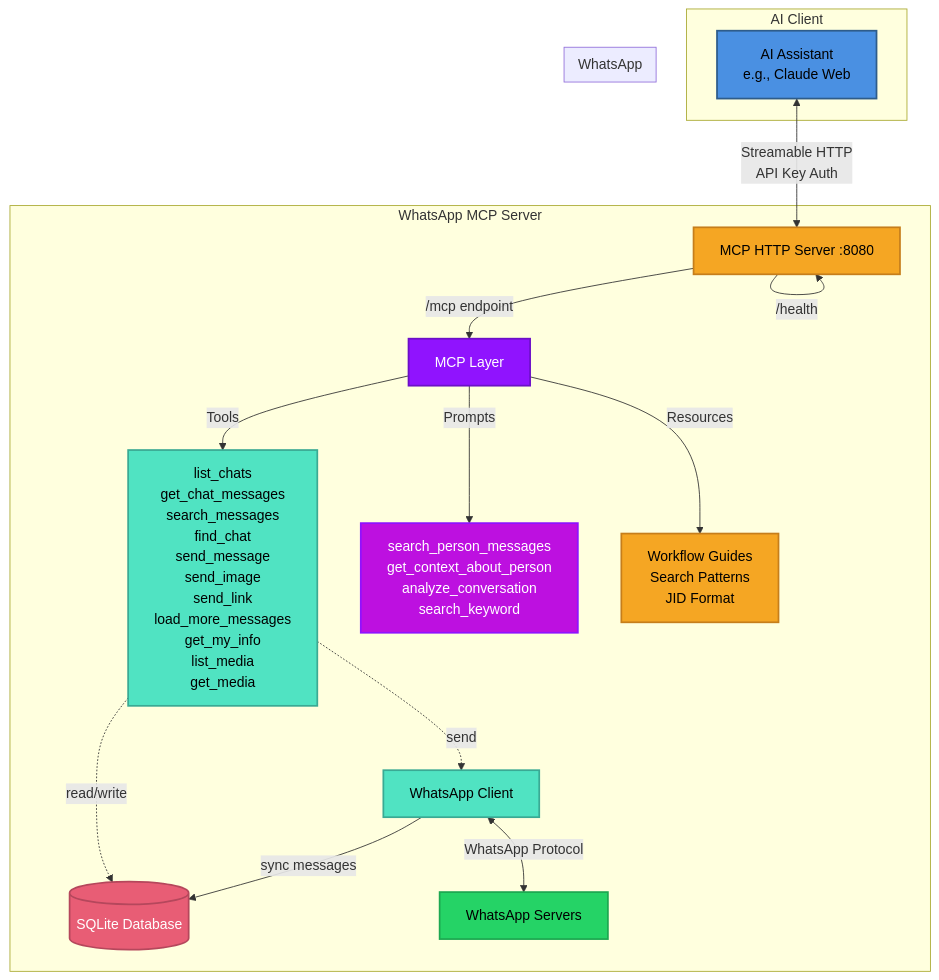
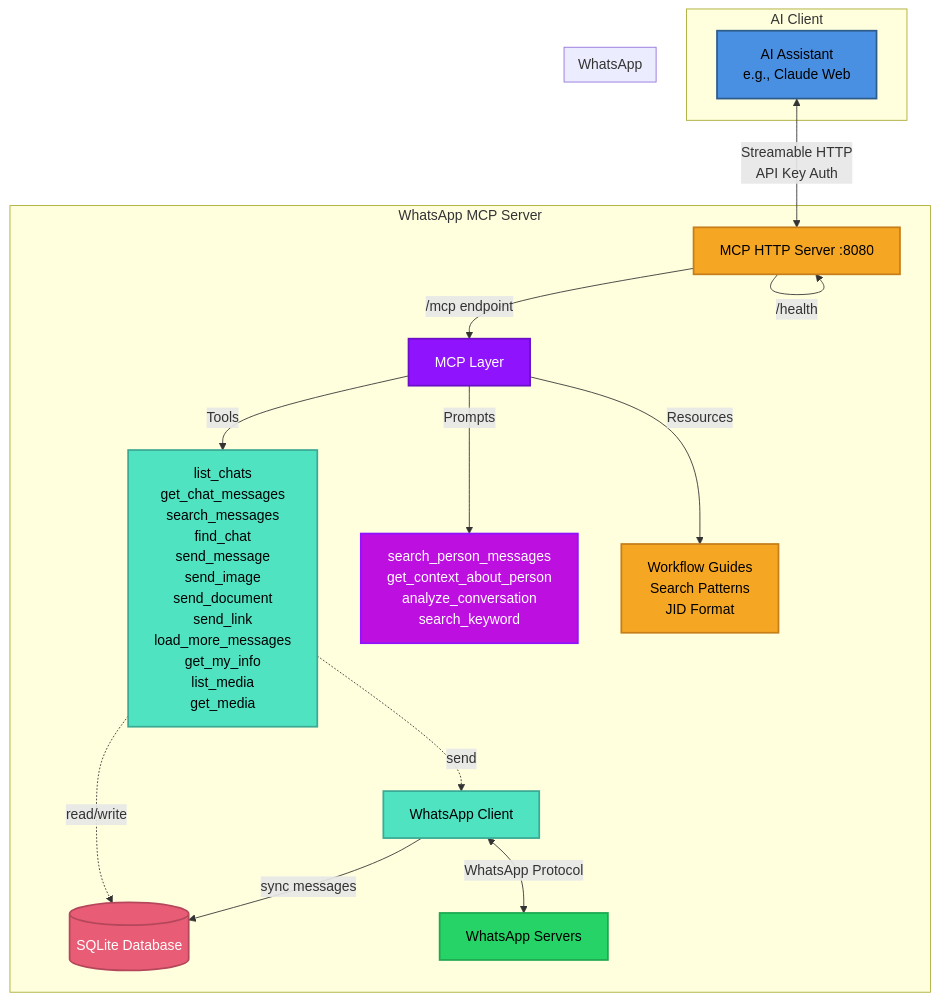
The diagram in README.md (benjaminmateev/whatsapp-mcp), drawn with Mermaid before and after one commit. The commit also changed other lines of this file and 3 other files, not shown here.

First line of the commit message:
feat: send_document tool for PDFs and any other file

````diff
--- a/README.md
+++ b/README.md
@@ -89,42 +90,42 @@
 ```mermaid
 graph TB
     subgraph "AI Client"
         A[AI Assistant <br/> e.g., Claude Web]
     end
 
     subgraph "WhatsApp MCP Server"
         B[MCP HTTP Server :8080]
         C[MCP Layer]
         D[WhatsApp Client]
         E[(SQLite Database)]
 
         B -->|/mcp endpoint| C
         B -->|/health| B
 
-        C -->|Tools| C1[list_chats<br/>get_chat_messages<br/>search_messages<br/>find_chat<br/>send_message<br/>send_image<br/>send_link<br/>load_more_messages<br/>get_my_info<br/>list_media<br/>get_media]
+        C -->|Tools| C1[list_chats<br/>get_chat_messages<br/>search_messages<br/>find_chat<br/>send_message<br/>send_image<br/>send_document<br/>send_link<br/>load_more_messages<br/>get_my_info<br/>list_media<br/>get_media]
         C -->|Prompts| C2[search_person_messages<br/>get_context_about_person<br/>analyze_conversation<br/>search_keyword]
         C -->|Resources| C3[Workflow Guides<br/>Search Patterns<br/>JID Format]
 
         C1 -.->|read/write| E
         C1 -.->|send| D
 
         D -->|sync messages| E
         D <-->|WhatsApp Protocol| F
     end
 
     subgraph "WhatsApp"
         F[WhatsApp Servers]
     end
 
     A <-->|Streamable HTTP<br/>API Key Auth| B
 
     style A fill:#4A90E2,stroke:#2E5C8A,stroke-width:2px,color:#000
     style B fill:#F5A623,stroke:#C67E1B,stroke-width:2px,color:#000
     style C fill:#9013FE,stroke:#6B0FC7,stroke-width:2px,color:#fff
     style C1 fill:#50E3C2,stroke:#3AAA94,stroke-width:2px,color:#000
     style C2 fill:#BD10E0,stroke:#9012FE,stroke-width:2px,color:#fff
     style C3 fill:#F5A623,stroke:#C67E1B,stroke-width:2px,color:#000
     style D fill:#50E3C2,stroke:#3AAA94,stroke-width:2px,color:#000
     style E fill:#E85D75,stroke:#B5475C,stroke-width:2px,color:#fff
     style F fill:#25D366,stroke:#1DA851,stroke-width:2px,color:#000
 ```
````
